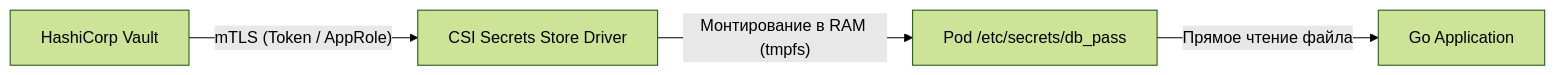
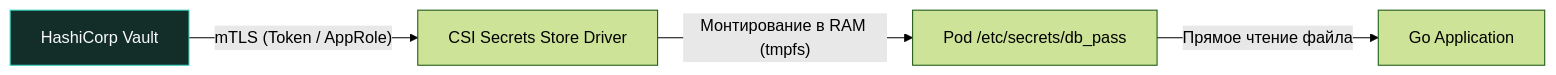
The second of 2 diagrams in sources/19. Инфраструктура. Linux, nginx, Docker, Kubernetes/04. Kubernetes/3. ConfigMap и Secret.md (UnrealTemplier/go-textbook), drawn with Mermaid (forest theme) before and after one commit. The commit also changed other lines of this file and 1666 other files, not shown here.

First line of the commit message:
feat(mermaid): add semantic color classDef to 1369 colorless flowchart/graph diagrams

````diff
--- a/sources/19. Инфраструктура. Linux, nginx, Docker, Kubernetes/04. Kubernetes/3. ConfigMap и Secret.md
+++ b/sources/19. Инфраструктура. Linux, nginx, Docker, Kubernetes/04. Kubernetes/3. ConfigMap и Secret.md
@@ -211,6 +221,16 @@
 ```mermaid
 flowchart LR
-    A["HashiCorp Vault"] -->|"mTLS (Token / AppRole)"| B["CSI Secrets Store Driver"]
+    classDef process  fill:#1e293b,stroke:#38bdf8,stroke-width:1px,color:#f8fafc
+    classDef success  fill:#064e3b,stroke:#34d399,stroke-width:1px,color:#f8fafc
+    classDef error    fill:#7f1d1d,stroke:#f87171,stroke-width:1px,color:#f8fafc
+    classDef warning  fill:#78350f,stroke:#fbbf24,stroke-width:1px,color:#f8fafc
+    classDef entry    fill:#1e3a5f,stroke:#38bdf8,stroke-width:2px,color:#f8fafc
+    classDef aux      fill:#334155,stroke:#64748b,stroke-width:1px,color:#f8fafc
+    classDef system   fill:#312e81,stroke:#a78bfa,stroke-width:1px,color:#f8fafc
+    classDef data     fill:#132d29,stroke:#2dd4bf,stroke-width:1px,color:#f8fafc
+    classDef network  fill:#881337,stroke:#fb7185,stroke-width:1px,color:#f8fafc
+    classDef accent   fill:#1e1b4b,stroke:#818cf8,stroke-width:1px,color:#f8fafc
+    A["HashiCorp Vault"]:::data -->|"mTLS (Token / AppRole)"| B["CSI Secrets Store Driver"]
     B -->|"Монтирование в RAM (tmpfs)"| C["Pod /etc/secrets/db_pass"]
     C -->|"Прямое чтение файла"| D["Go Application"]
 ```
````
